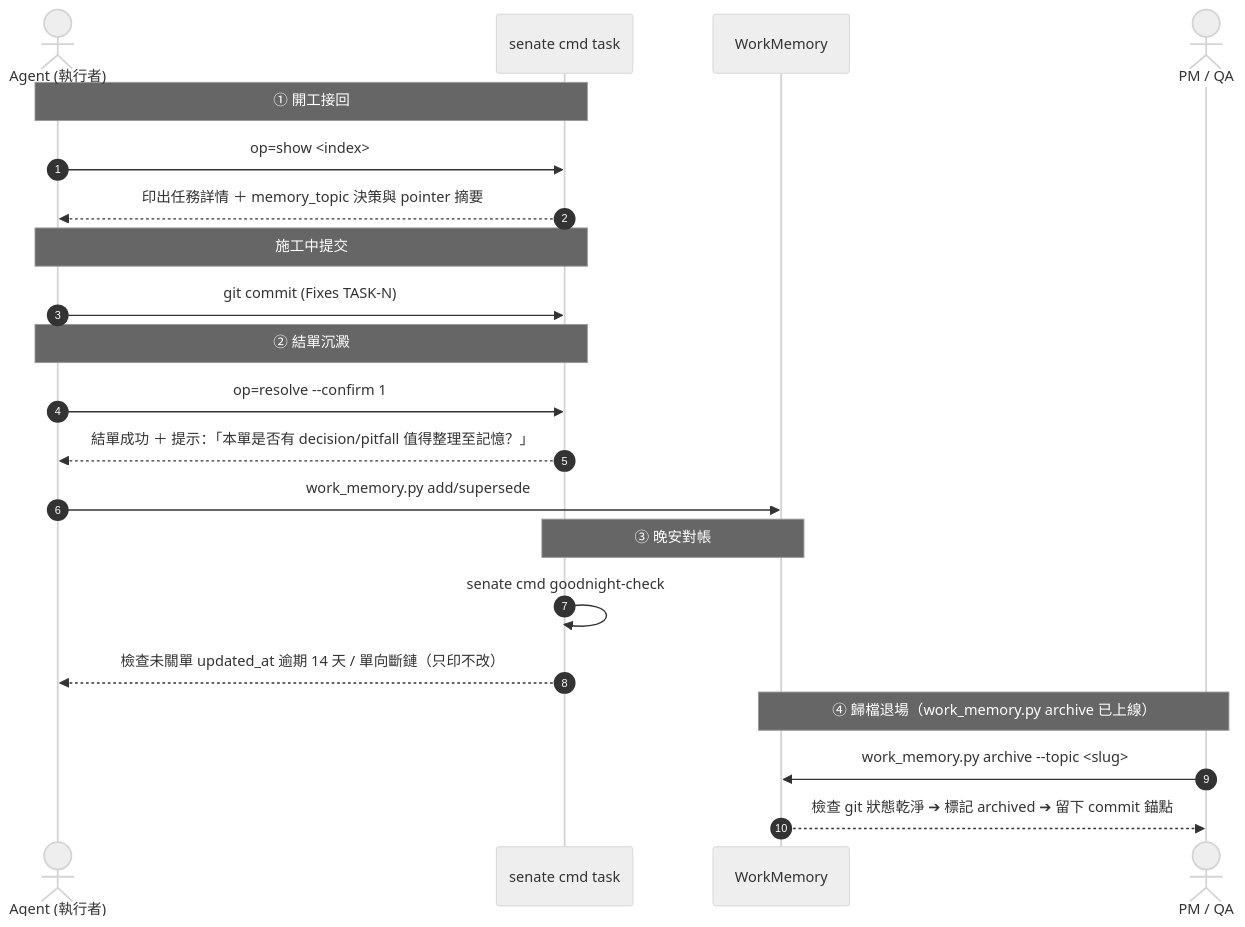
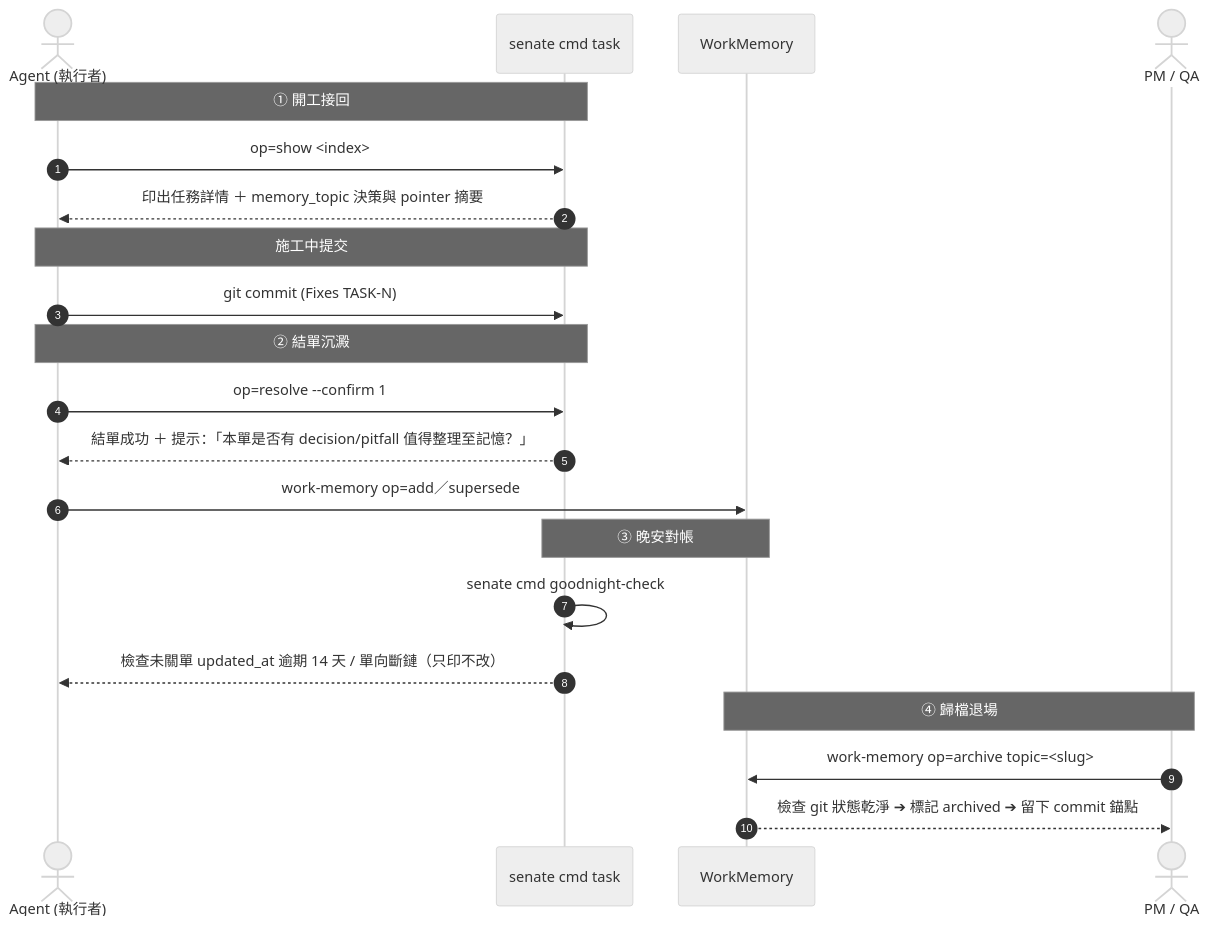
Before and after one commit to tim099/UCL_Core: the diagram in Docs~/zh-Hant/Workflows/Task_Management_Workflow.md, drawn with Mermaid (neutral theme). The commit also changed other lines of this file and 14 other files, not shown here.

First line of the commit message:
chore(tools): 刪除 work_memory.py／private_letter.py，文件改指 senate cmd work-memory／sealed-letter（TASK-0416）

````diff
--- a/Docs~/zh-Hant/Workflows/Task_Management_Workflow.md
+++ b/Docs~/zh-Hant/Workflows/Task_Management_Workflow.md
@@ -389,28 +389,28 @@
 ```mermaid
 sequenceDiagram
     autonumber
     actor Dev as Agent (執行者)
     participant Task as senate cmd task
     participant Memory as WorkMemory
     actor PM as PM / QA
 
     Note over Dev, Task: ① 開工接回
     Dev->>Task: op=show <index>
     Task-->>Dev: 印出任務詳情 ＋ memory_topic 決策與 pointer 摘要
     
     Note over Dev, Task: 施工中提交
     Dev->>Task: git commit (Fixes TASK-N)
     
     Note over Dev, Task: ② 結單沉澱
     Dev->>Task: op=resolve --confirm 1
     Task-->>Dev: 結單成功 ＋ 提示：「本單是否有 decision/pitfall 值得整理至記憶？」
-    Dev->>Memory: work_memory.py add/supersede
+    Dev->>Memory: work-memory op=add／supersede
     
     Note over Task, Memory: ③ 晚安對帳
     Task->>Task: senate cmd goodnight-check
     Task-->>Dev: 檢查未關單 updated_at 逾期 14 天 / 單向斷鏈（只印不改）
     
-    Note over PM, Memory: ④ 歸檔退場（work_memory.py archive 已上線）
-    PM->>Memory: work_memory.py archive --topic <slug>
+    Note over PM, Memory: ④ 歸檔退場
+    PM->>Memory: work-memory op=archive topic=<slug>
     Memory-->>PM: 檢查 git 狀態乾淨 ➔ 標記 archived ➔ 留下 commit 錨點
 ```
````
